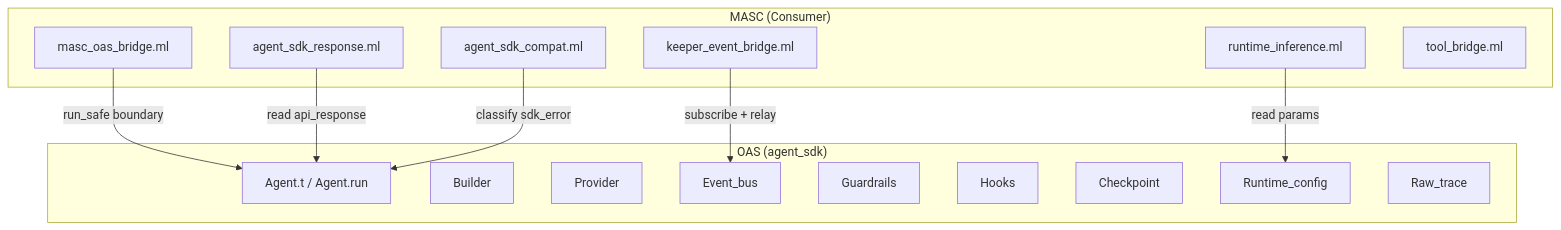
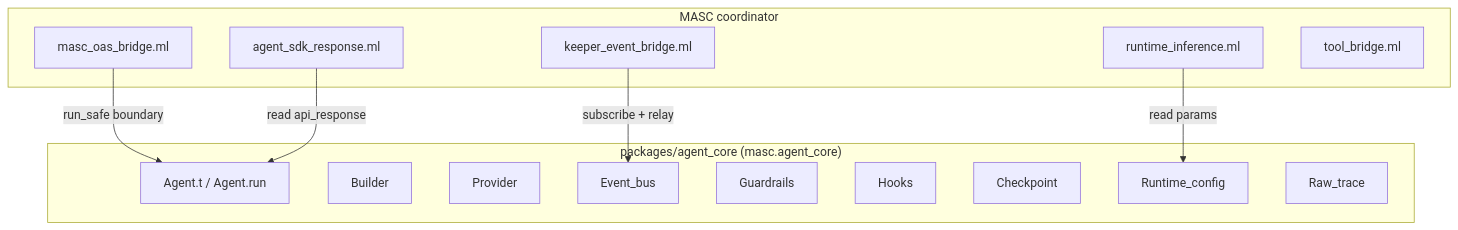
The diagram in docs/spec/13-oas-integration.md (jeong-sik/masc), drawn with Mermaid before and after one commit. The commit also changed other lines of this file and 689 other files, not shown here.

Commit message:
refactor: import MASC agent core

````diff
--- a/docs/spec/13-oas-integration.md
+++ b/docs/spec/13-oas-integration.md
@@ -54,27 +59,25 @@
 ```mermaid
 graph TB
-  subgraph "MASC (Consumer)"
+  subgraph "MASC coordinator"
     KEB[keeper_event_bridge.ml]
     ASR[agent_sdk_response.ml]
     MOB[masc_oas_bridge.ml]
-    OC[agent_sdk_compat.ml]
     CI[runtime_inference.ml]
     TB[tool_bridge.ml]
   end
-  subgraph "OAS (agent_sdk)"
+  subgraph "packages/agent_core (masc.agent_core)"
     AG[Agent.t / Agent.run]
     BU[Builder]
     PR[Provider]
     EB[Event_bus]
     GR[Guardrails]
     HK[Hooks]
     CK[Checkpoint]
     CC2[Runtime_config]
     RT[Raw_trace]
   end
   MOB -->|"run_safe boundary"| AG
   KEB -->|"subscribe + relay"| EB
   ASR -->|"read api_response"| AG
-  OC -->|"classify sdk_error"| AG
   CI -->|"read params"| CC2
 ```
````
